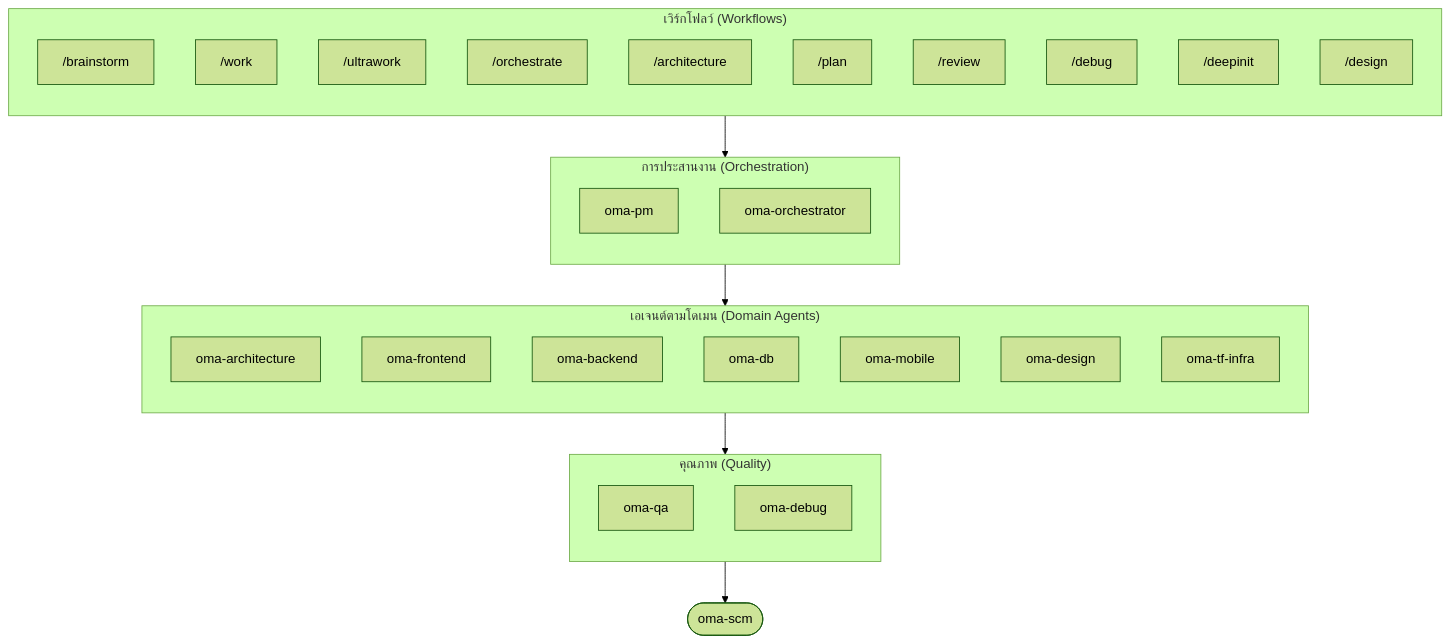
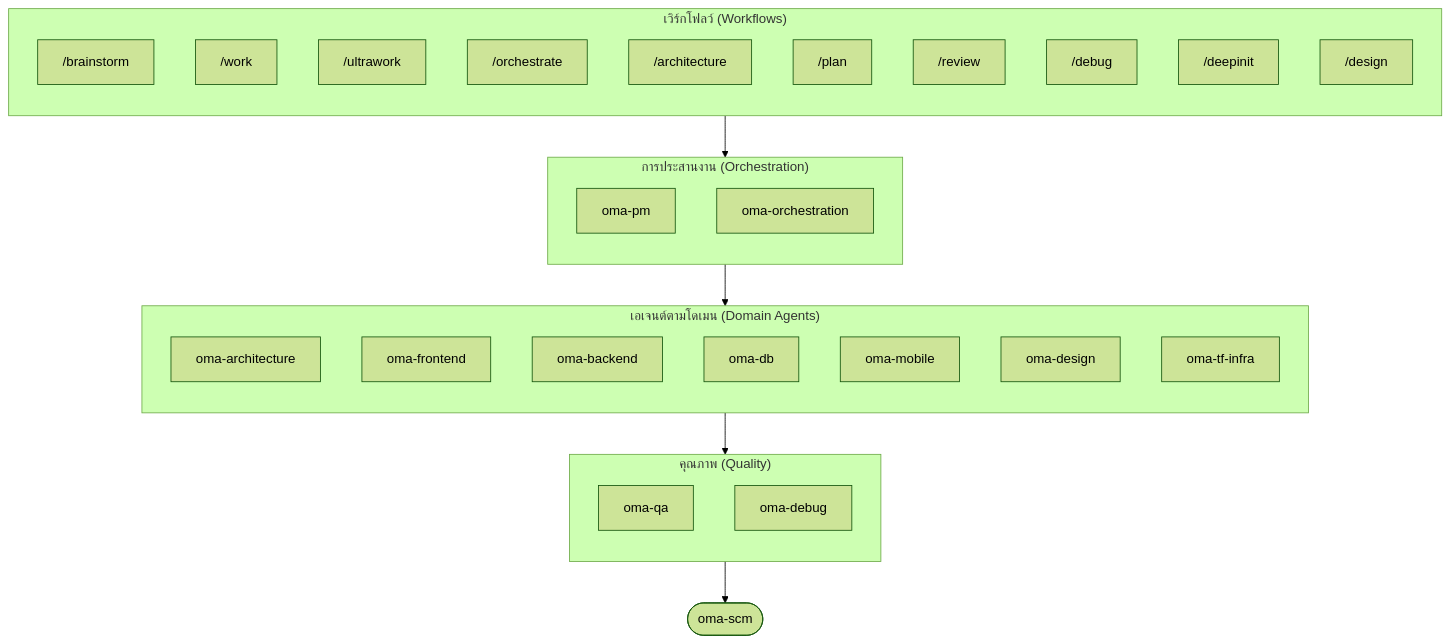
Before and after one commit to first-fluke/oh-my-agent: the diagram in docs/README.th.md, drawn with Mermaid (forest theme). The commit also changed other lines of this file and 229 other files, not shown here.

````diff
--- a/docs/README.th.md
+++ b/docs/README.th.md
@@ -278,44 +278,44 @@
 ```mermaid
 flowchart TD
     subgraph Workflows["เวิร์กโฟลว์ (Workflows)"]
         direction TB
         W0["/brainstorm"]
         W1["/work"]
         W1b["/ultrawork"]
         W2["/orchestrate"]
         W3["/architecture"]
         W4["/plan"]
         W5["/review"]
         W6["/debug"]
         W7["/deepinit"]
         W8["/design"]
     end
 
     subgraph Orchestration["การประสานงาน (Orchestration)"]
         direction TB
         PM[oma-pm]
-        ORC[oma-orchestrator]
+        ORC[oma-orchestration]
     end
 
     subgraph Domain["เอเจนต์ตามโดเมน (Domain Agents)"]
         direction TB
         ARC[oma-architecture]
         FE[oma-frontend]
         BE[oma-backend]
         DB[oma-db]
         MB[oma-mobile]
         DES[oma-design]
         TF[oma-tf-infra]
     end
 
     subgraph Quality["คุณภาพ (Quality)"]
         direction TB
         QA[oma-qa]
         DBG[oma-debug]
     end
 
     Workflows --> Orchestration
     Orchestration --> Domain
     Domain --> Quality
     Quality --> SCM([oma-scm])
 ```
````
